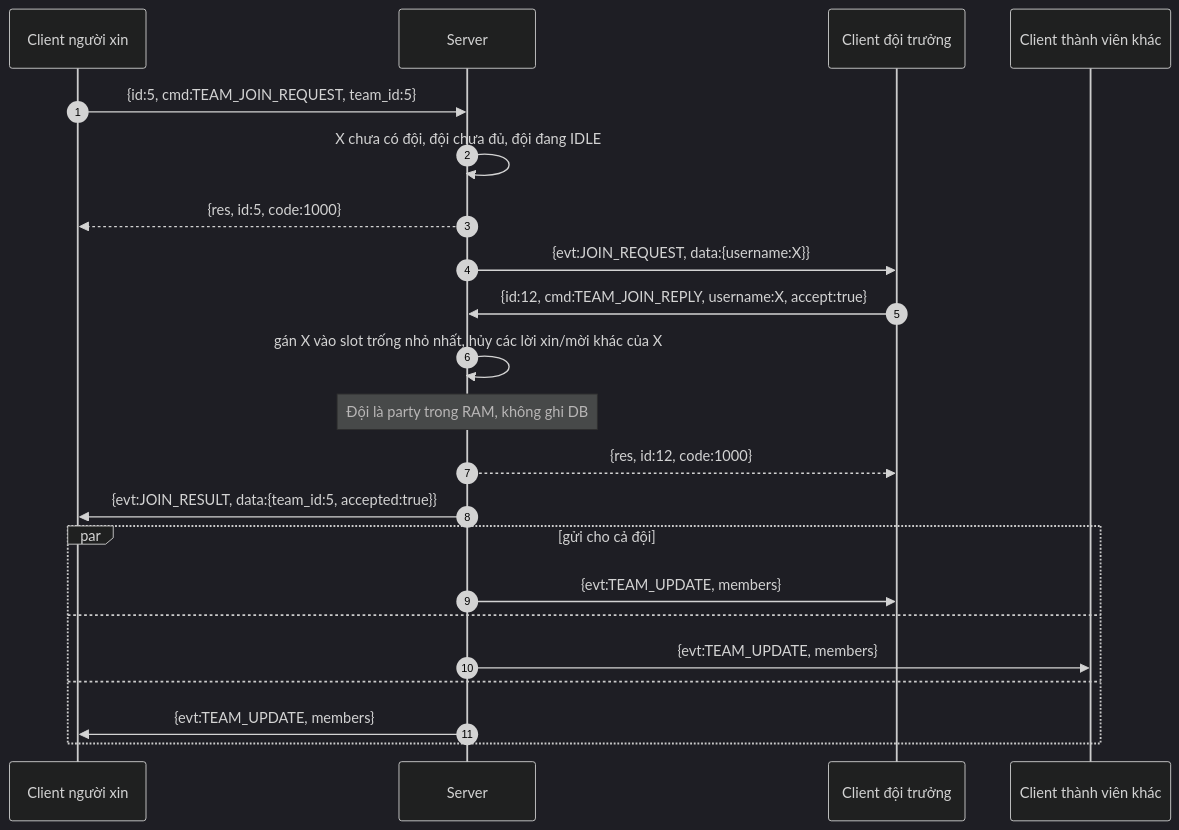
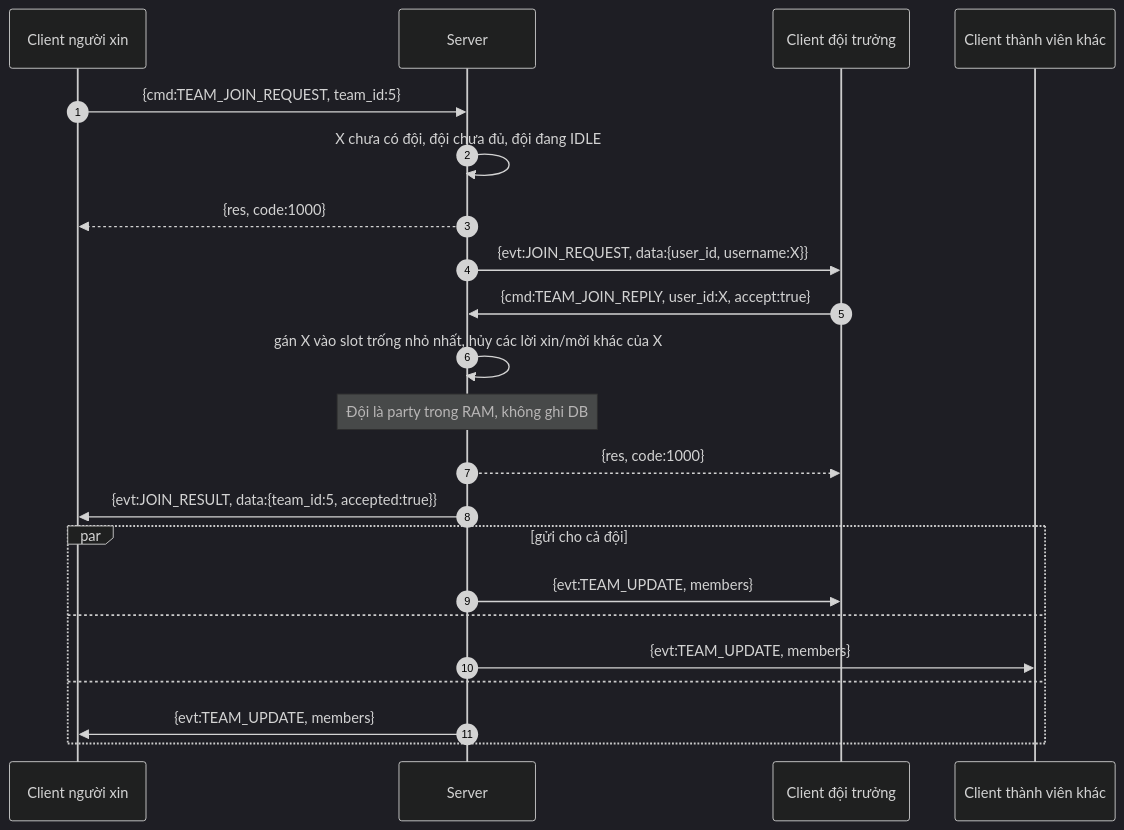
Before and after one commit to dson19/network: the diagram in Project/docs/design/diagrams/sequence/02-join-team.md, drawn with Mermaid (dark theme). The commit also changed 24 other files, not shown here.

````diff
--- a/Project/docs/design/diagrams/sequence/02-join-team.md
+++ b/Project/docs/design/diagrams/sequence/02-join-team.md
@@ -5,26 +5,26 @@
 ```mermaid
 sequenceDiagram
     autonumber
     participant X as Client người xin
     participant S as Server
     participant K as Client đội trưởng
     participant M as Client thành viên khác
 
-    X->>S: {id:5, cmd:TEAM_JOIN_REQUEST, team_id:5}
+    X->>S: {cmd:TEAM_JOIN_REQUEST, team_id:5}
     S->>S: X chưa có đội, đội chưa đủ, đội đang IDLE
-    S-->>X: {res, id:5, code:1000}
-    S->>K: {evt:JOIN_REQUEST, data:{username:X}}
+    S-->>X: {res, code:1000}
+    S->>K: {evt:JOIN_REQUEST, data:{user_id, username:X}}
 
-    K->>S: {id:12, cmd:TEAM_JOIN_REPLY, username:X, accept:true}
+    K->>S: {cmd:TEAM_JOIN_REPLY, user_id:X, accept:true}
     S->>S: gán X vào slot trống nhỏ nhất, hủy các lời xin/mời khác của X
     Note over S: Đội là party trong RAM, không ghi DB
-    S-->>K: {res, id:12, code:1000}
+    S-->>K: {res, code:1000}
     S->>X: {evt:JOIN_RESULT, data:{team_id:5, accepted:true}}
     par gửi cho cả đội
         S->>K: {evt:TEAM_UPDATE, members}
     and
         S->>M: {evt:TEAM_UPDATE, members}
     and
         S->>X: {evt:TEAM_UPDATE, members}
     end
 ```
````
